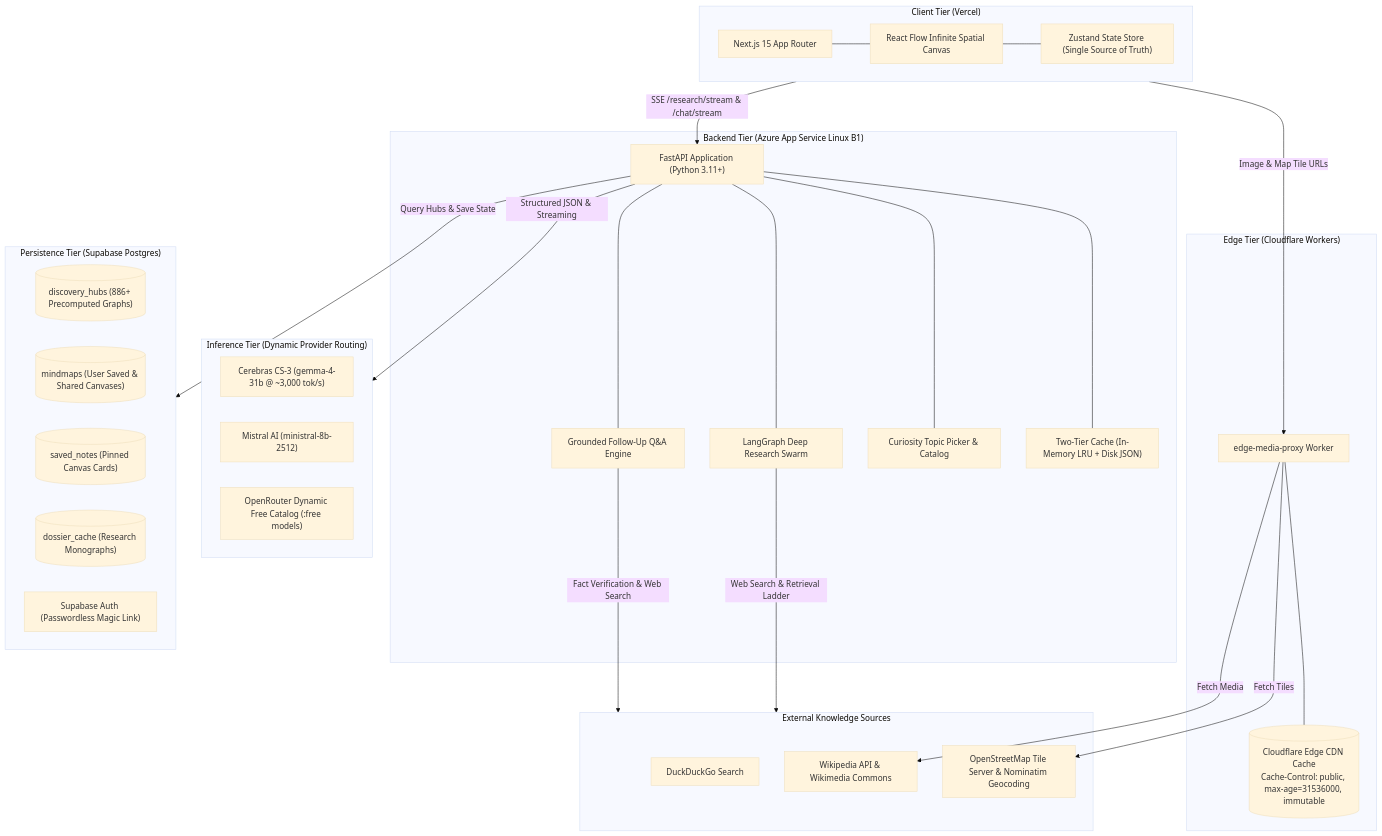
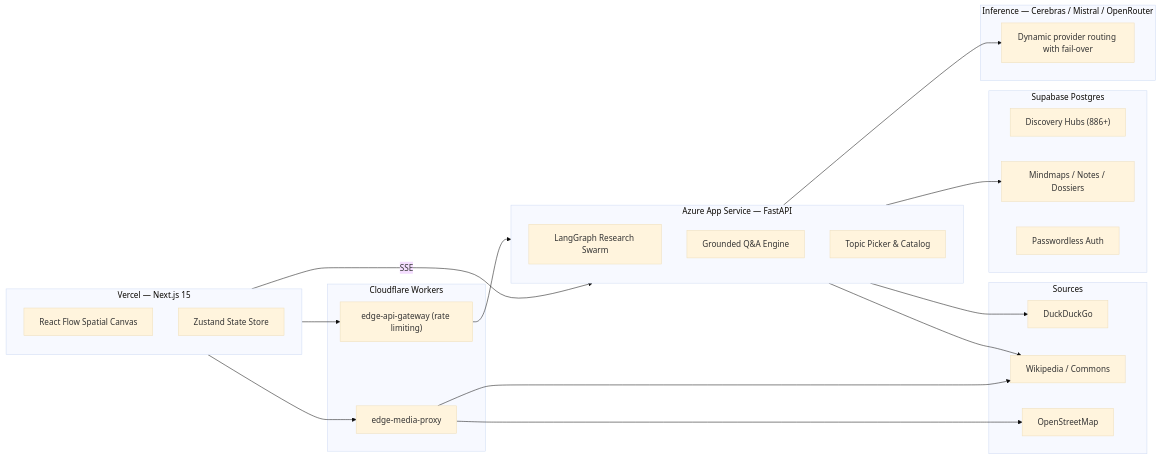
Before and after one commit to mythiipanda/til: the diagram in README.md, drawn with Mermaid (base theme). The commit also changed other lines of this file, not shown here.

Commit message:
docs: simplify README, drop benchmarks and heavy diagrams

````diff
--- a/README.md
+++ b/README.md
@@ -25,58 +25,37 @@
 ```mermaid
-flowchart TB
-    subgraph Client["Client Tier (Vercel)"]
-        UI["Next.js 15 App Router"]
-        Canvas["React Flow Infinite Spatial Canvas"]
-        Store["Zustand State Store (Single Source of Truth)"]
-        UI --- Canvas
-        Canvas --- Store
+flowchart LR
+    subgraph Client["Vercel — Next.js 15"]
+        Canvas["React Flow Spatial Canvas"]
+        Store["Zustand State Store"]
+    end
+    subgraph Backend["Azure App Service — FastAPI"]
+        LangGraph["LangGraph Research Swarm"]
+        ReAct["Grounded Q&A Engine"]
+        TopicEngine["Topic Picker & Catalog"]
+    end
+    subgraph Edge["Cloudflare Workers"]
+        Proxy["edge-media-proxy"]
+        Gateway["edge-api-gateway (rate limiting)"]
+    end
+    subgraph Inference["Inference — Cerebras / Mistral / OpenRouter"]
+        LLM["Dynamic provider routing with fail-over"]
+    end
+    subgraph Storage["Supabase Postgres"]
+        Hubs["Discovery Hubs (886+)"]
+        Data["Mindmaps / Notes / Dossiers"]
+        Auth["Passwordless Auth"]
+    end
+    subgraph External["Sources"]
+        DDG["DuckDuckGo"] 
+        Wiki["Wikipedia / Commons"]
+        OSM["OpenStreetMap"]
     end
 
-    subgraph Edge["Edge Tier (Cloudflare Workers)"]
-        Proxy["edge-media-proxy Worker"]
-        EdgeCache[("Cloudflare Edge CDN Cache<br/>Cache-Control: public, max-age=31536000, immutable")]
-        Proxy --- EdgeCache
-    end
-
-    subgraph Backend["Backend Tier (Azure App Service Linux B1)"]
-        FastAPI["FastAPI Application (Python 3.11+)"]
-        LangGraph["LangGraph Deep Research Swarm"]
-        ReAct["Grounded Follow-Up Q&A Engine"]
-        TopicEngine["Curiosity Topic Picker & Catalog"]
-        Cache["Two-Tier Cache (In-Memory LRU + Disk JSON)"]
-        
-        FastAPI --- LangGraph
-        FastAPI --- ReAct
-        FastAPI --- TopicEngine
-        FastAPI --- Cache
-    end
-
-    subgraph Inference["Inference Tier (Dynamic Provider Routing)"]
-        Cerebras["Cerebras CS-3 (gemma-4-31b @ ~3,000 tok/s)"]
-        Mistral["Mistral AI (ministral-8b-2512)"]
-        OpenRouter["OpenRouter Dynamic Free Catalog (:free models)"]
-    end
-
-    subgraph Storage["Persistence Tier (Supabase Postgres)"]
-        Hubs[("discovery_hubs (886+ Precomputed Graphs)")]
-        Mindmaps[("mindmaps (User Saved & Shared Canvases)")]
-        Notes[("saved_notes (Pinned Canvas Cards)")]
-        Dossiers[("dossier_cache (Research Monographs)")]
-        Auth["Supabase Auth (Passwordless Magic Link)"]
-    end
-
-    subgraph External["External Knowledge Sources"]
-        DDG["DuckDuckGo Search"]
-        Wiki["Wikipedia API & Wikimedia Commons"]
-        OSM["OpenStreetMap Tile Server & Nominatim Geocoding"]
-    end
-
-    Client -->|SSE /research/stream & /chat/stream| FastAPI
-    Client -->|Image & Map Tile URLs| Proxy
-    Proxy -->|Fetch Media| Wiki
-    Proxy -->|Fetch Tiles| OSM
-    FastAPI -->|Structured JSON & Streaming| Inference
-    FastAPI -->|Query Hubs & Save State| Storage
-    LangGraph -->|Web Search & Retrieval Ladder| External
-    ReAct -->|Fact Verification & Web Search| External
+    Client -->|SSE| Backend
+    Client --> Proxy
+    Proxy --> Wiki & OSM
+    Client --> Gateway --> Backend
+    Backend --> LLM
+    Backend --> Data
+    Backend --> DDG & Wiki
 ```
````
